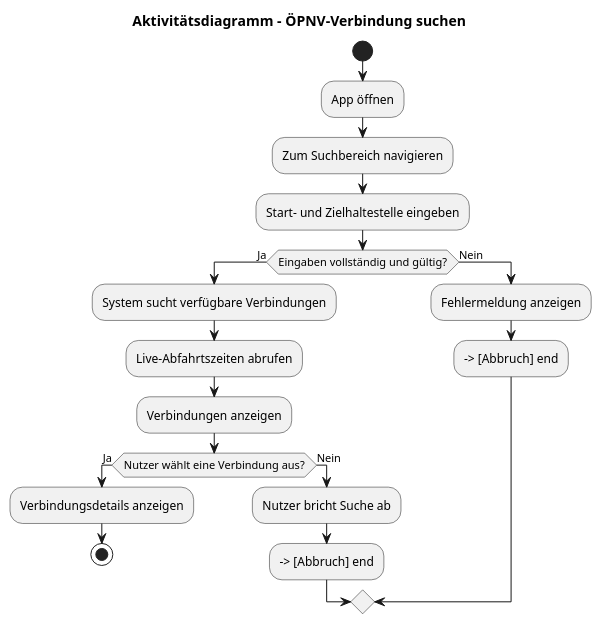
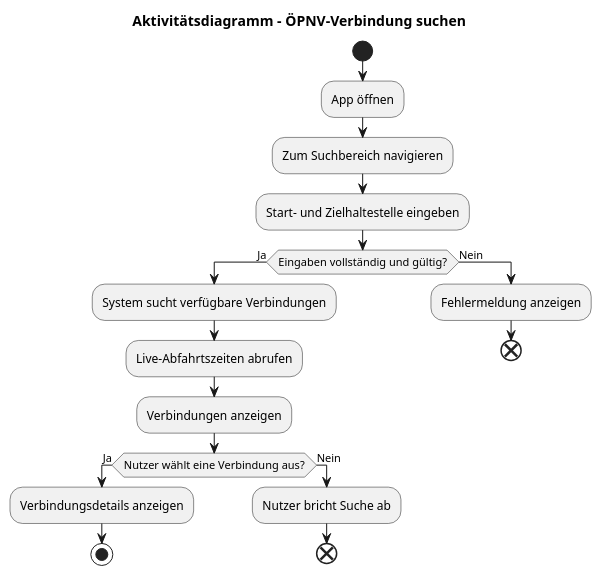
One commit to Isabella25B/CaMo---Campus-Mobility changed the diagram in docs/architecture/test_2.puml. Above: the diagram before and after it, drawn with PlantUML. The commit also changed other lines of this file, not shown here.

Commit message:
Überarbeitung test_2

```diff
--- a/docs/architecture/test_2.puml
+++ b/docs/architecture/test_2.puml
@@ -1,28 +1,28 @@
 @startuml
 title Aktivitätsdiagramm – ÖPNV-Verbindung suchen
 
 start
 
 :App öffnen;
 :Zum Suchbereich navigieren;
 :Start- und Zielhaltestelle eingeben;
 
 if (Eingaben vollständig und gültig?) then (Ja)
     :System sucht verfügbare Verbindungen;
     :Live-Abfahrtszeiten abrufen;
     :Verbindungen anzeigen;
 
     if (Nutzer wählt eine Verbindung aus?) then (Ja)
         :Verbindungsdetails anzeigen;
         stop
     else (Nein)
         :Nutzer bricht Suche ab;
-        --> [Abbruch] end
+        end
     endif
 
 else (Nein)
     :Fehlermeldung anzeigen;
-    --> [Abbruch] end
+    end
 endif
 
 @enduml
```
